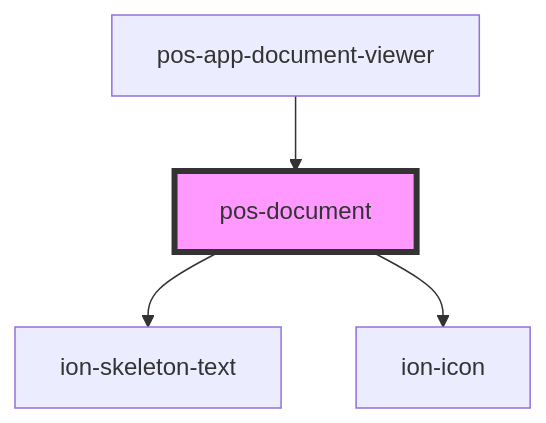
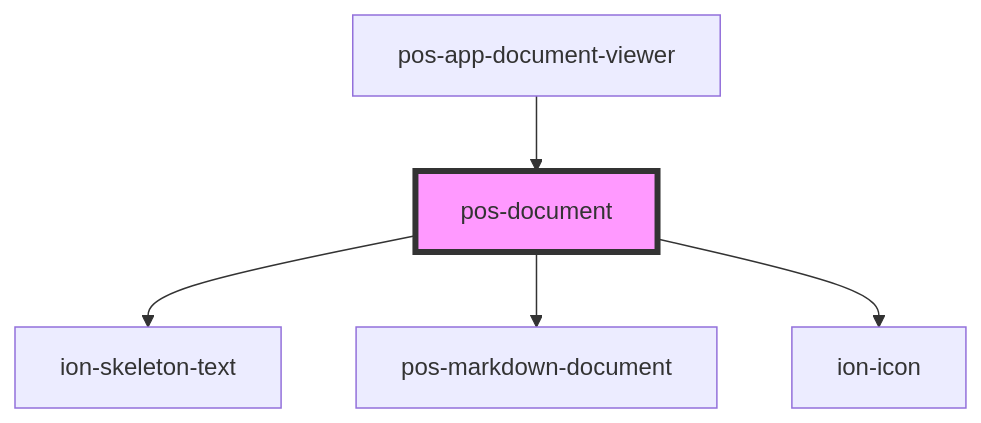
The diagram in docs/elements/components/pos-document/readme.md (pod-os/PodOS), drawn with Mermaid before and after one commit. The commit also changed other lines of this file and 6 other files, not shown here.

````diff
--- a/docs/elements/components/pos-document/readme.md
+++ b/docs/elements/components/pos-document/readme.md
@@ -36,7 +38,8 @@
 ```mermaid
 graph TD;
   pos-document --> ion-skeleton-text
+  pos-document --> pos-markdown-document
   pos-document --> ion-icon
   pos-app-document-viewer --> pos-document
   style pos-document fill:#f9f,stroke:#333,stroke-width:4px
 ```
````
